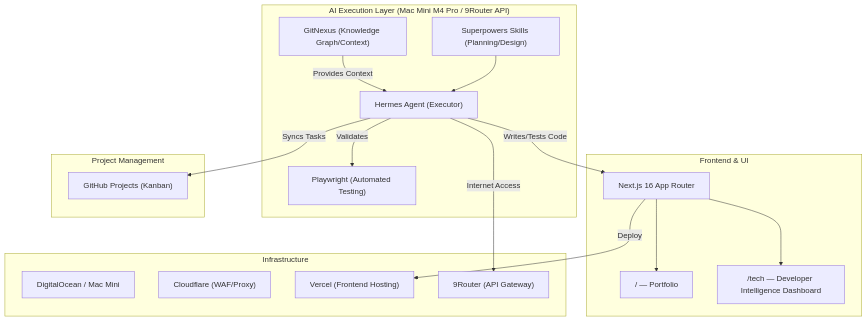
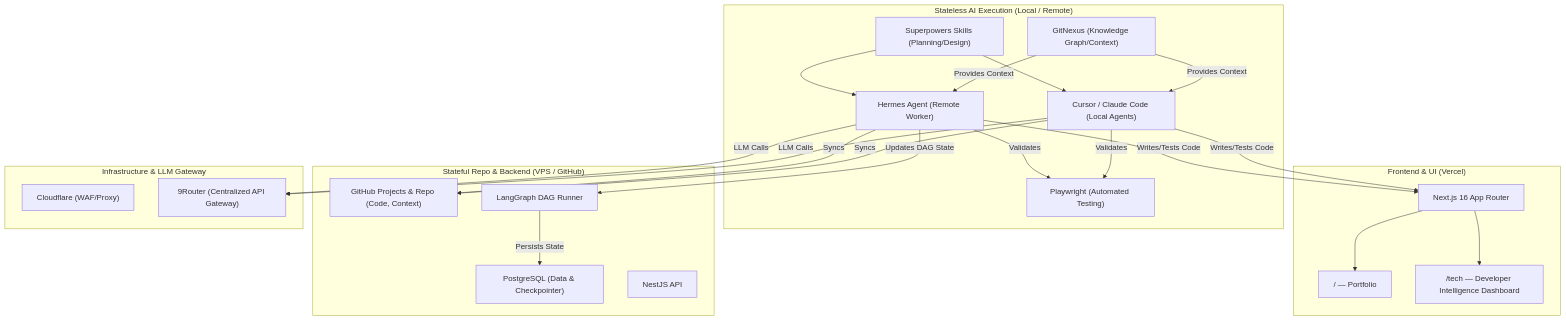
One commit to thangvq95/thangvq-digital-hub changed the first of 2 diagrams in docs/PRD.md. Above: the diagram before and after it, drawn with Mermaid. The commit also changed other lines of this file and 1 other file, not shown here.

First line of the commit message:
docs: align architecture with Phase 2 Hybrid Autonomous Development

````diff
--- a/docs/PRD.md
+++ b/docs/PRD.md
@@ -13,35 +13,39 @@
 ```mermaid
 graph TB
-    subgraph "Frontend & UI"
+    subgraph "Frontend & UI (Vercel)"
         A["Next.js 16 App Router"]
         A --> B["/ — Portfolio"]
         A --> C["/tech — Developer Intelligence Dashboard"]
     end
 
-    subgraph "AI Execution Layer (Mac Mini M4 Pro / 9Router API)"
+    subgraph "Stateless AI Execution (Local / Remote)"
         SS["Superpowers Skills (Planning/Design)"]
         GN["GitNexus (Knowledge Graph/Context)"]
-        HA["Hermes Agent (Executor)"]
+        HA["Hermes Agent (Remote Worker)"]
+        LA["Cursor / Claude Code (Local Agents)"]
         PW["Playwright (Automated Testing)"]
-
-        SS --> HA
-        GN -- "Provides Context" --> HA
-        HA -- "Writes/Tests Code" --> A
-        HA -- "Validates" --> PW
+        
+        SS --> HA & LA
+        GN -- "Provides Context" --> HA & LA
+        HA & LA -- "Writes/Tests Code" --> A
+        HA & LA -- "Validates" --> PW
     end
 
-    subgraph "Project Management"
-        GP["GitHub Projects (Kanban)"]
-        HA -- "Syncs Tasks" --> GP
+    subgraph "Stateful Repo & Backend (VPS / GitHub)"
+        GP["GitHub Projects & Repo (Code, Context)"]
+        DB["PostgreSQL (Data & Checkpointer)"]
+        LG["LangGraph DAG Runner"]
+        BE["NestJS API"]
+        
+        HA & LA -- "Syncs" --> GP
+        HA -- "Updates DAG State" --> LG
+        LG -- "Persists State" --> DB
     end
 
-    subgraph "Infrastructure"
-        VPS["DigitalOcean / Mac Mini"]
+    subgraph "Infrastructure & LLM Gateway"
         CF["Cloudflare (WAF/Proxy)"]
-        VC["Vercel (Frontend Hosting)"]
-        RT["9Router (API Gateway)"]
+        RT["9Router (Centralized API Gateway)"]
     end
 
-    HA -- "Internet Access" --> RT
-    A -- "Deploy" --> VC
+    HA & LA -- "LLM Calls" --> RT
 ```
````
